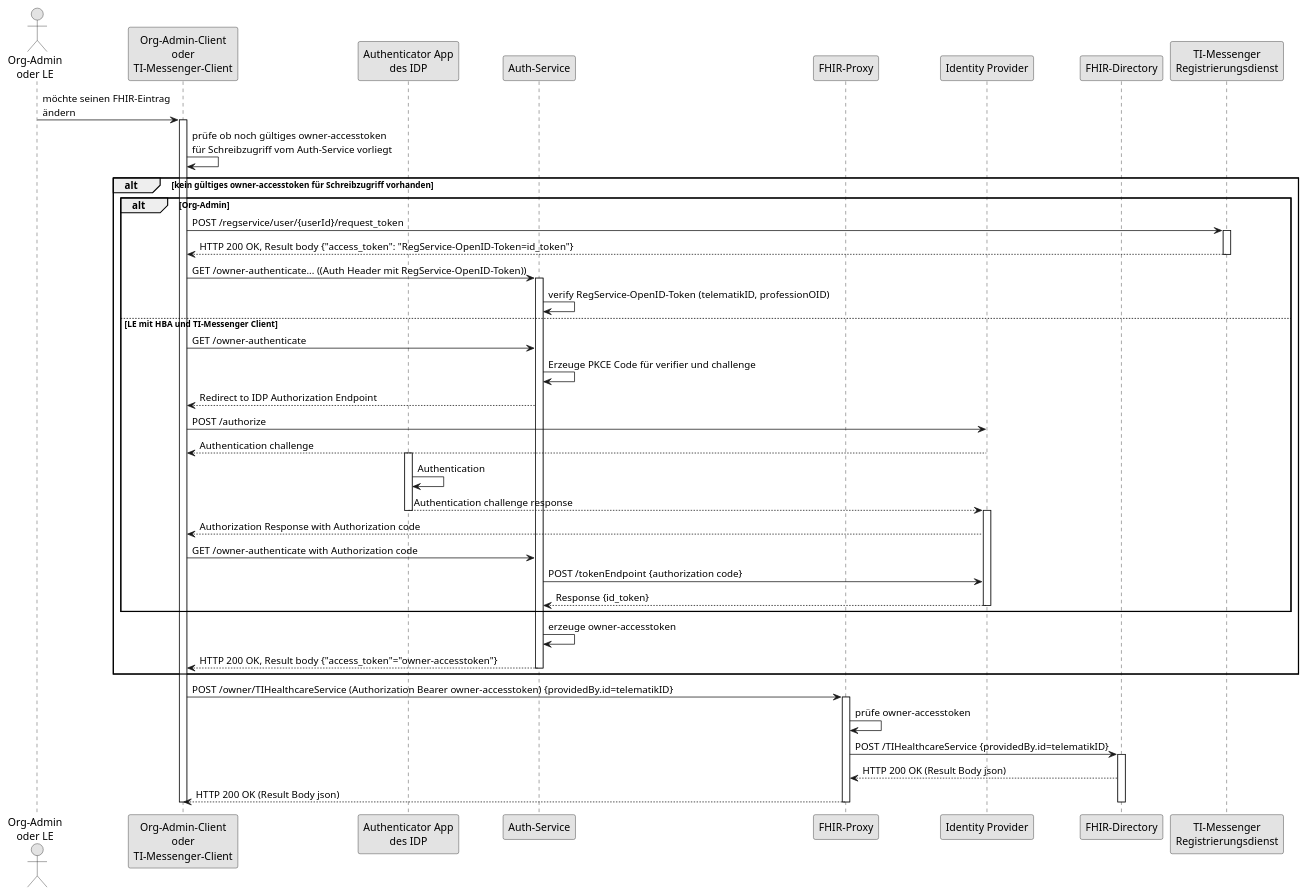
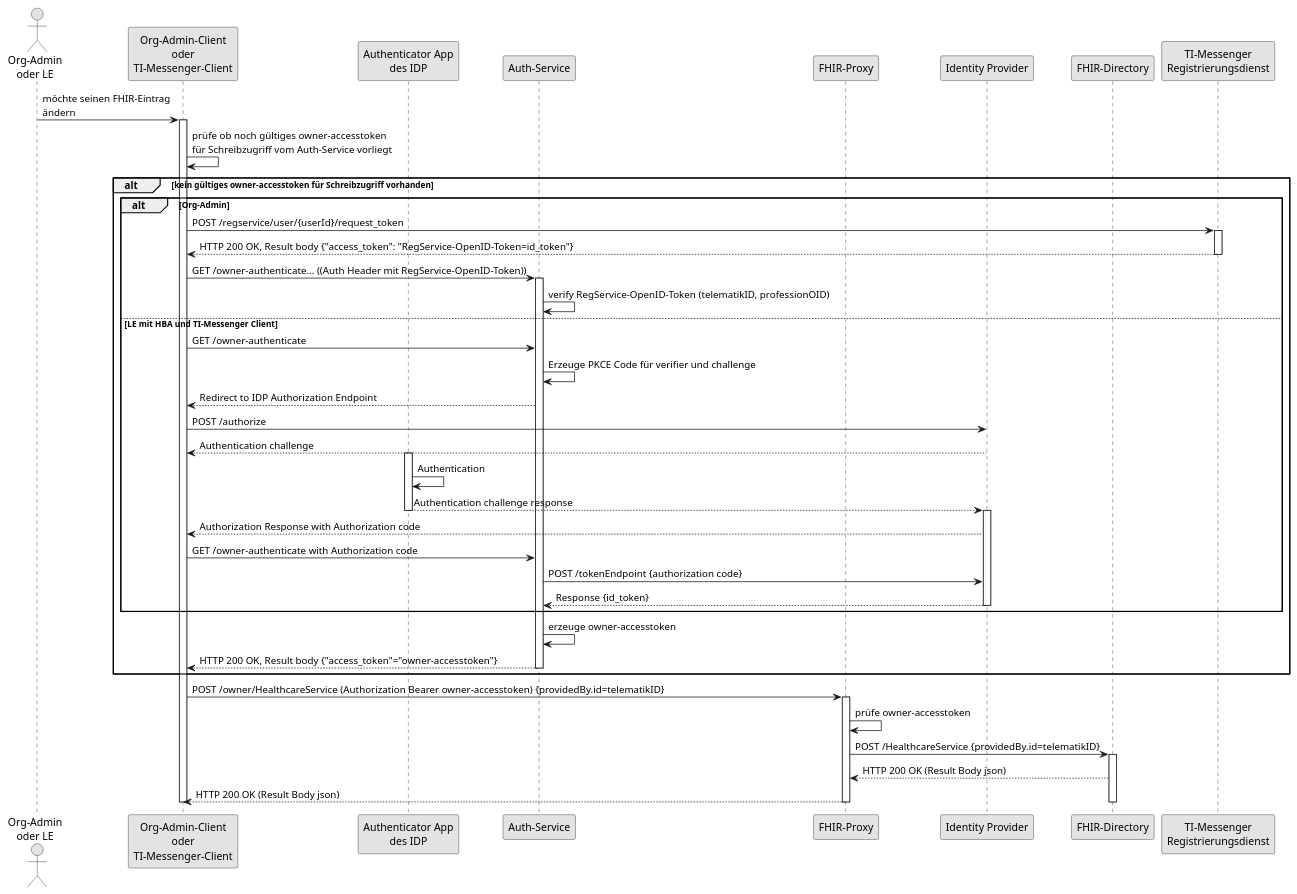
The diagram in src/plantuml/architecture/SequenceDiagram.FHIR-Directory.owner.puml (gematik/api-ti-messenger), drawn with PlantUML before and after one commit.

Commit message:
Update SequenceDiagram.FHIR-Directory.owner.puml
corrected spelling

```diff
--- a/src/plantuml/architecture/SequenceDiagram.FHIR-Directory.owner.puml
+++ b/src/plantuml/architecture/SequenceDiagram.FHIR-Directory.owner.puml
@@ -1,59 +1,59 @@
-@startuml FHIR-Directory, Sequenzdiagram Änderung von eigenen -Einträgen
+@startuml FHIR-Directory, Sequenzdiagram Änderung von eigenen Einträgen
 skinparam dpi 100
 skinparam WrapWidth 200
 skinparam monochrome true
 
 'title "FHIR-Directory, Sequenzdiagram Änderung von eigenen Einträgen'
 actor o as "Org-Admin\noder LE"
 participant cl as "Org-Admin-Client\noder\nTI-Messenger-Client"
 participant aa as "Authenticator App\ndes IDP"
 participant au as "Auth-Service"
 participant fp as "FHIR-Proxy"
 participant idp as "Identity Provider"
 participant fd as "FHIR-Directory"
 participant rd as "TI-Messenger\nRegistrierungsdienst"
 o -> cl: möchte seinen FHIR-Eintrag\nändern
 activate cl
 cl -> cl: prüfe ob noch gültiges owner-accesstoken\nfür Schreibzugriff vom Auth-Service vorliegt
 alt kein gültiges owner-accesstoken für Schreibzugriff vorhanden
 alt Org-Admin
 cl -> rd: POST /regservice/user/{userId}/request_token
 activate rd
 rd --> cl: HTTP 200 OK, Result body {"access_token": "RegService-OpenID-Token=id_token"}
 deactivate rd
 cl -> au: GET /owner-authenticate... ((Auth Header mit RegService-OpenID-Token))
 activate au
 au -> au: verify RegService-OpenID-Token (telematikID, professionOID)
 else LE mit HBA und TI-Messenger Client
 cl -> au: GET /owner-authenticate
 au -> au: Erzeuge PKCE Code für verifier und challenge
 au --> cl: Redirect to IDP Authorization Endpoint
 cl -> idp: POST /authorize
 idp --> cl: Authentication challenge
 activate aa
 aa -> aa: Authentication
 aa --> idp: Authentication challenge response
 deactivate aa
 activate idp
 idp --> cl: Authorization Response with Authorization code
 cl -> au: GET /owner-authenticate with Authorization code
 au -> idp: POST /tokenEndpoint {authorization code}
 idp --> au: Response {id_token}
 
 deactivate idp
 end
 au -> au: erzeuge owner-accesstoken
 au --> cl: HTTP 200 OK, Result body {"access_token"="owner-accesstoken"}
 deactivate au
 end
-cl -> fp: POST /owner/TIHealthcareService (Authorization Bearer owner-accesstoken) {providedBy.id=telematikID}
+cl -> fp: POST /owner/HealthcareService (Authorization Bearer owner-accesstoken) {providedBy.id=telematikID}
 activate fp
 fp -> fp: prüfe owner-accesstoken
-fp -> fd: POST /TIHealthcareService {providedBy.id=telematikID}
+fp -> fd: POST /HealthcareService {providedBy.id=telematikID}
 activate fd
 fd --> fp: HTTP 200 OK (Result Body json)
 fp --> cl: HTTP 200 OK (Result Body json)
 deactivate fd
 deactivate fp
 deactivate cl
 @enduml
```
